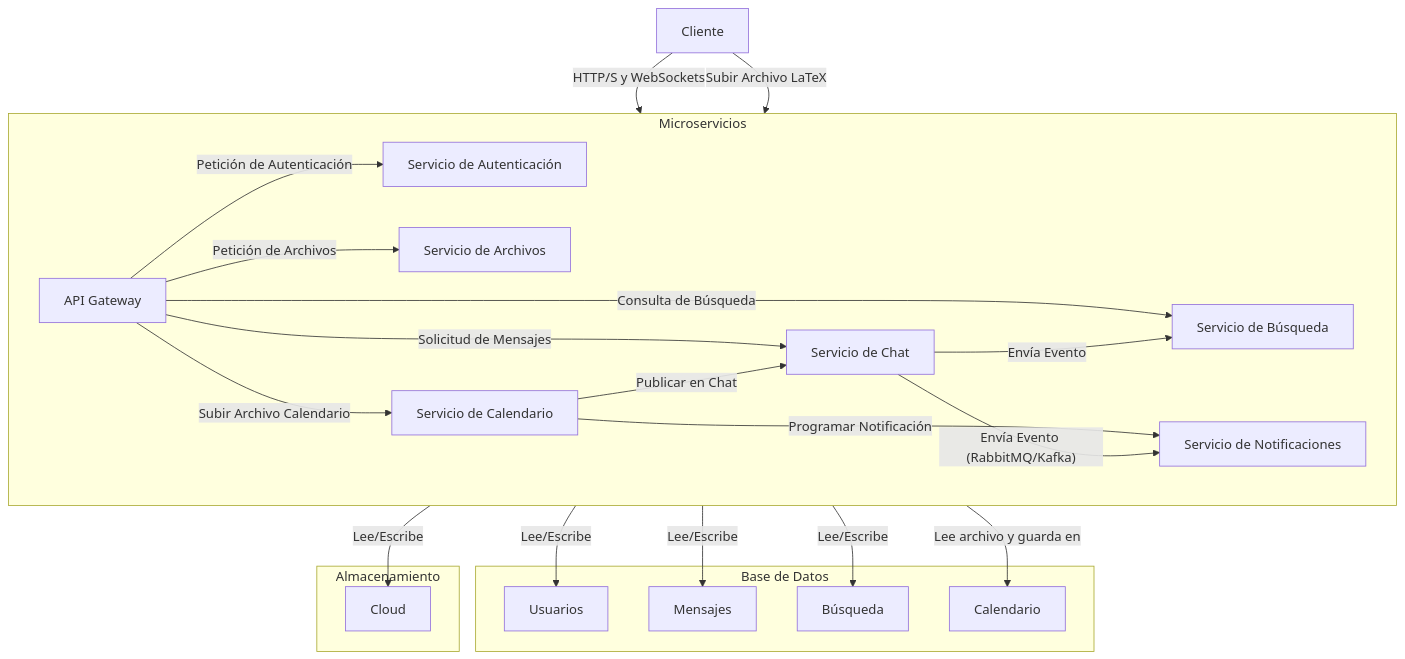
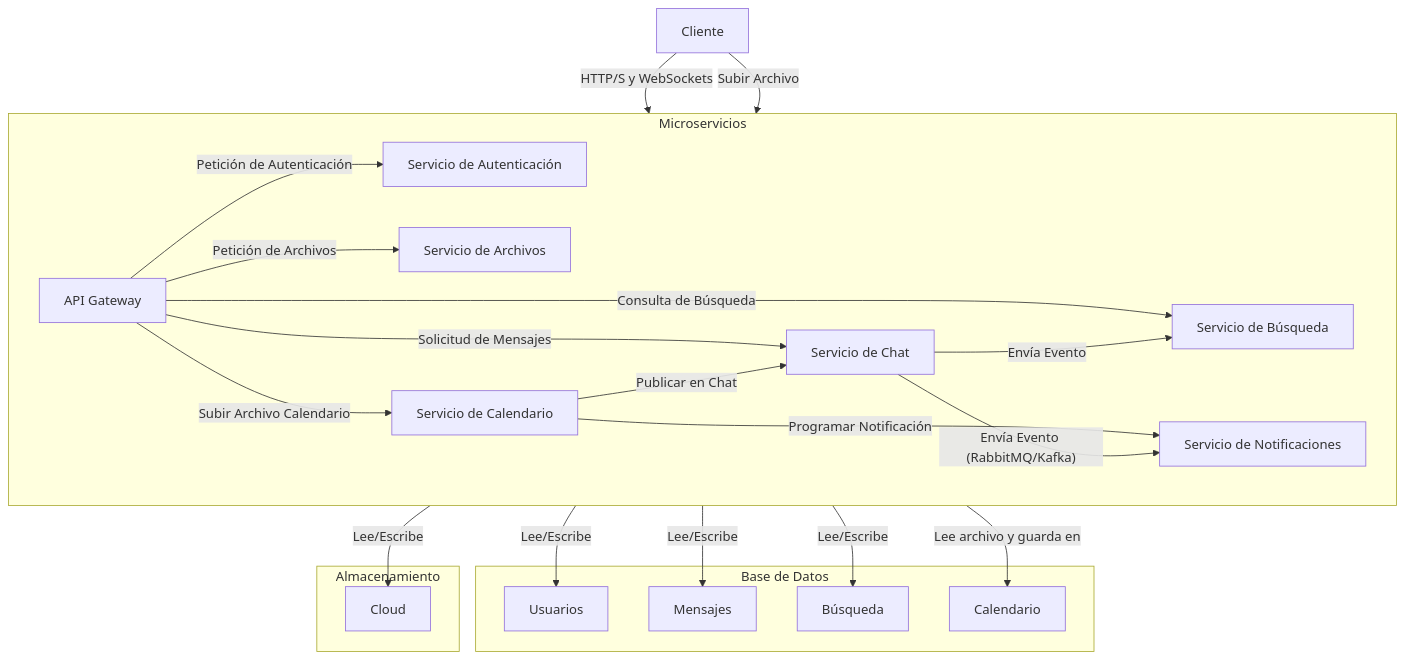
The first of 3 diagrams in README.md (luphin/secreto-en-el-lago), drawn with Mermaid before and after one commit.

````diff
--- a/README.md
+++ b/README.md
@@ -5,45 +5,45 @@
 ``` mermaid
 ---
 config:
   look: classic
   theme: default
 ---
 graph TD
     A[Cliente]
     subgraph Microservicios
         direction LR
         B[API Gateway]
         C[Servicio de Autenticación]
         D[Servicio de Chat]
         E[Servicio de Notificaciones]
         F[Servicio de Archivos]
         G[Servicio de Búsqueda]
         L[Servicio de Calendario]
     end
     subgraph Base de Datos
         H[Usuarios]
         I[Mensajes]
         J[Búsqueda]
         M[Calendario]
     end
     subgraph Almacenamiento
         K[Cloud]
     end
     A -- HTTP/S y WebSockets --> B
-    A -- Subir Archivo LaTeX --> B
+    A -- Subir Archivo --> B
     B -- Petición de Autenticación --> C
     B -- Solicitud de Mensajes --> D
     B -- Petición de Archivos --> F
     B -- Consulta de Búsqueda --> G
     B -- Subir Archivo Calendario --> L
     C -- Lee/Escribe --> H
     D -- Lee/Escribe --> I
     F -- Lee/Escribe --> K
     G -- Lee/Escribe --> J
     L -- Lee archivo y guarda en --> M
     L -- "Programar Notificación" --> E
     L -- "Publicar en Chat" --> D
     D -- Envía Evento (RabbitMQ/Kafka) --> E
     D -- Envía Evento --> G
 
 ```
````
